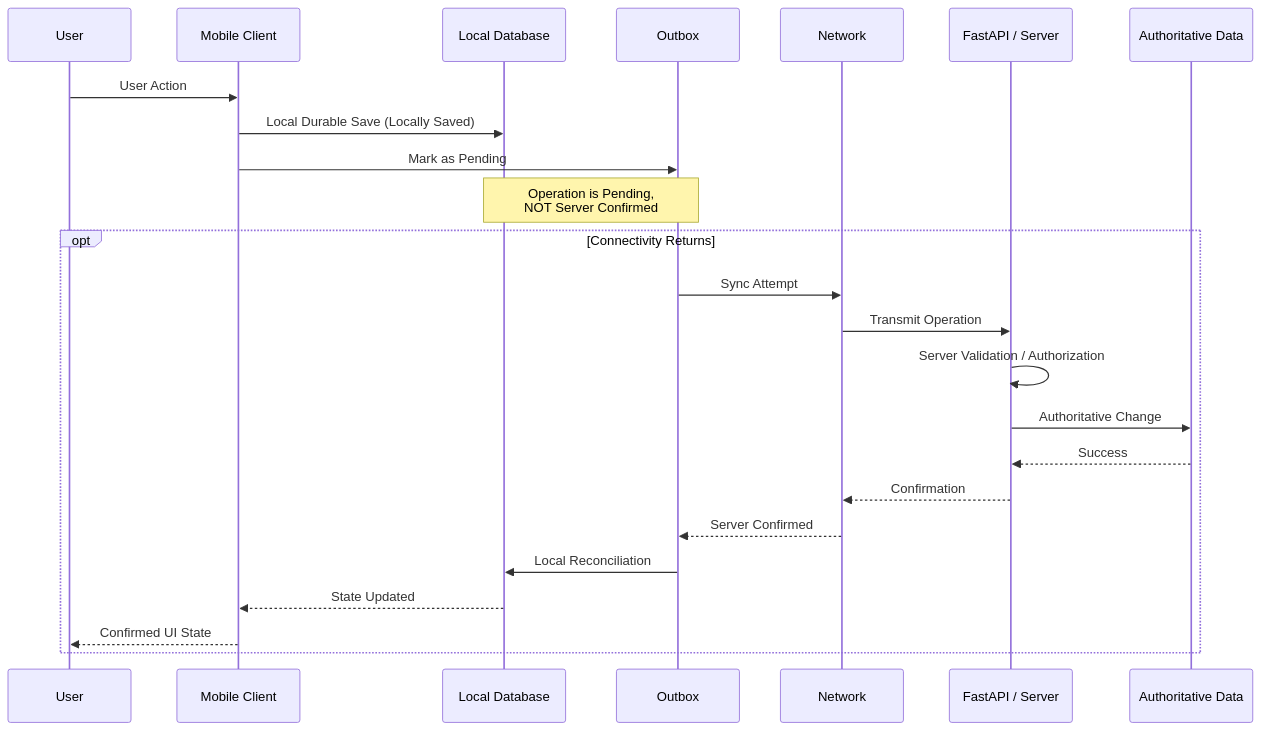
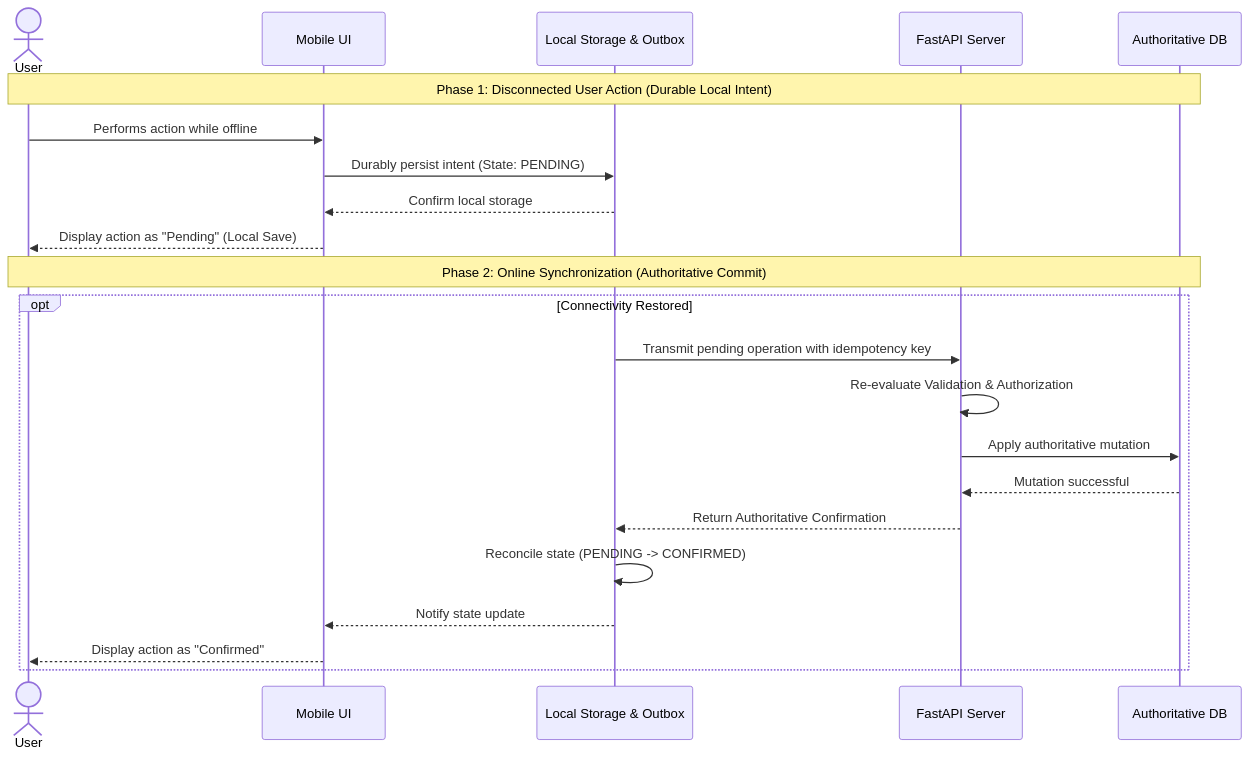
The second of 6 diagrams in docs/architecture/08-Offline-Sync-Resilience.md (davidalbertstark-lab/Lenar), drawn with Mermaid before and after one commit. The commit also changed other lines of this file and 28 other files, not shown here.

Commit message:
docs: system-wide diagram redesign for first-instance comprehension

````diff
--- a/docs/architecture/08-Offline-Sync-Resilience.md
+++ b/docs/architecture/08-Offline-Sync-Resilience.md
@@ -98,28 +93,26 @@
 ```mermaid
 sequenceDiagram
-    participant U as User
-    participant MC as Mobile Client
-    participant LD as Local Database
-    participant OB as Outbox
-    participant NW as Network
-    participant S as FastAPI / Server
-    participant AD as Authoritative Data
+    actor User
+    participant UI as Mobile UI
+    participant Local as Local Storage & Outbox
+    participant Server as FastAPI Server
+    participant DB as Authoritative DB
 
-    U->>MC: User Action
-    MC->>LD: Local Durable Save (Locally Saved)
-    MC->>OB: Mark as Pending
-    Note over LD, OB: Operation is Pending,<br/>NOT Server Confirmed
+    Note over User,DB: Phase 1: Disconnected User Action (Durable Local Intent)
+    User->>UI: Performs action while offline
+    UI->>Local: Durably persist intent (State: PENDING)
+    Local-->>UI: Confirm local storage
+    UI-->>User: Display action as "Pending" (Local Save)
 
-    opt Connectivity Returns
-        OB->>NW: Sync Attempt
-        NW->>S: Transmit Operation
-        S->>S: Server Validation / Authorization
-        S->>AD: Authoritative Change
-        AD-->>S: Success
-        S-->>NW: Confirmation
-        NW-->>OB: Server Confirmed
-        OB->>LD: Local Reconciliation
-        LD-->>MC: State Updated
-        MC-->>U: Confirmed UI State
+    Note over User,DB: Phase 2: Online Synchronization (Authoritative Commit)
+    opt Connectivity Restored
+        Local->>Server: Transmit pending operation with idempotency key
+        Server->>Server: Re-evaluate Validation & Authorization
+        Server->>DB: Apply authoritative mutation
+        DB-->>Server: Mutation successful
+        Server-->>Local: Return Authoritative Confirmation
+        Local->>Local: Reconcile state (PENDING -> CONFIRMED)
+        Local-->>UI: Notify state update
+        UI-->>User: Display action as "Confirmed"
     end
 ```
````
